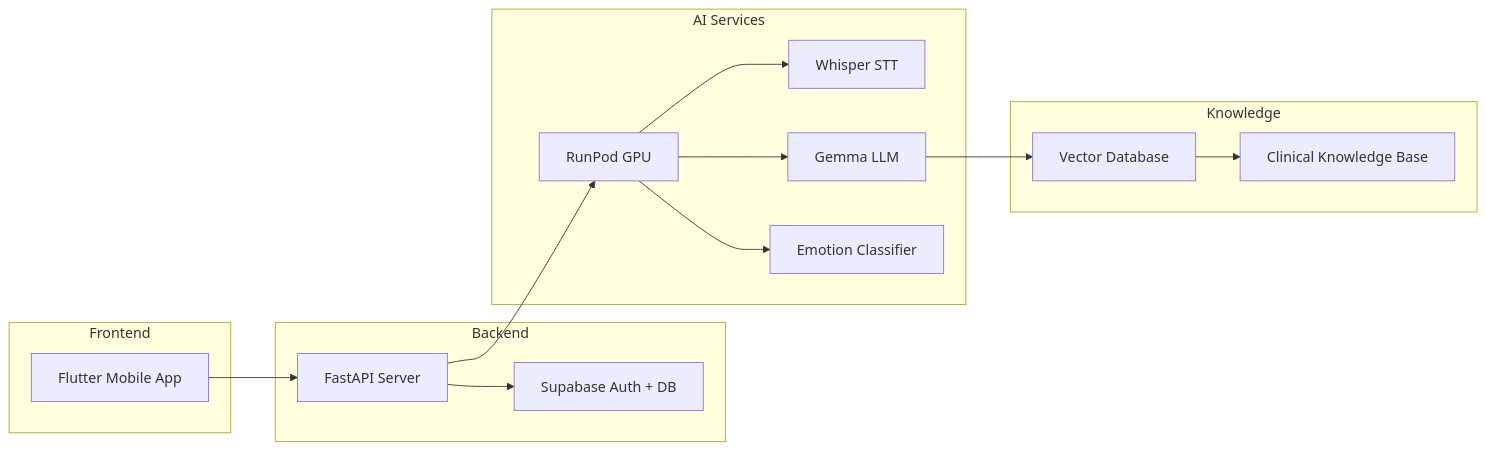
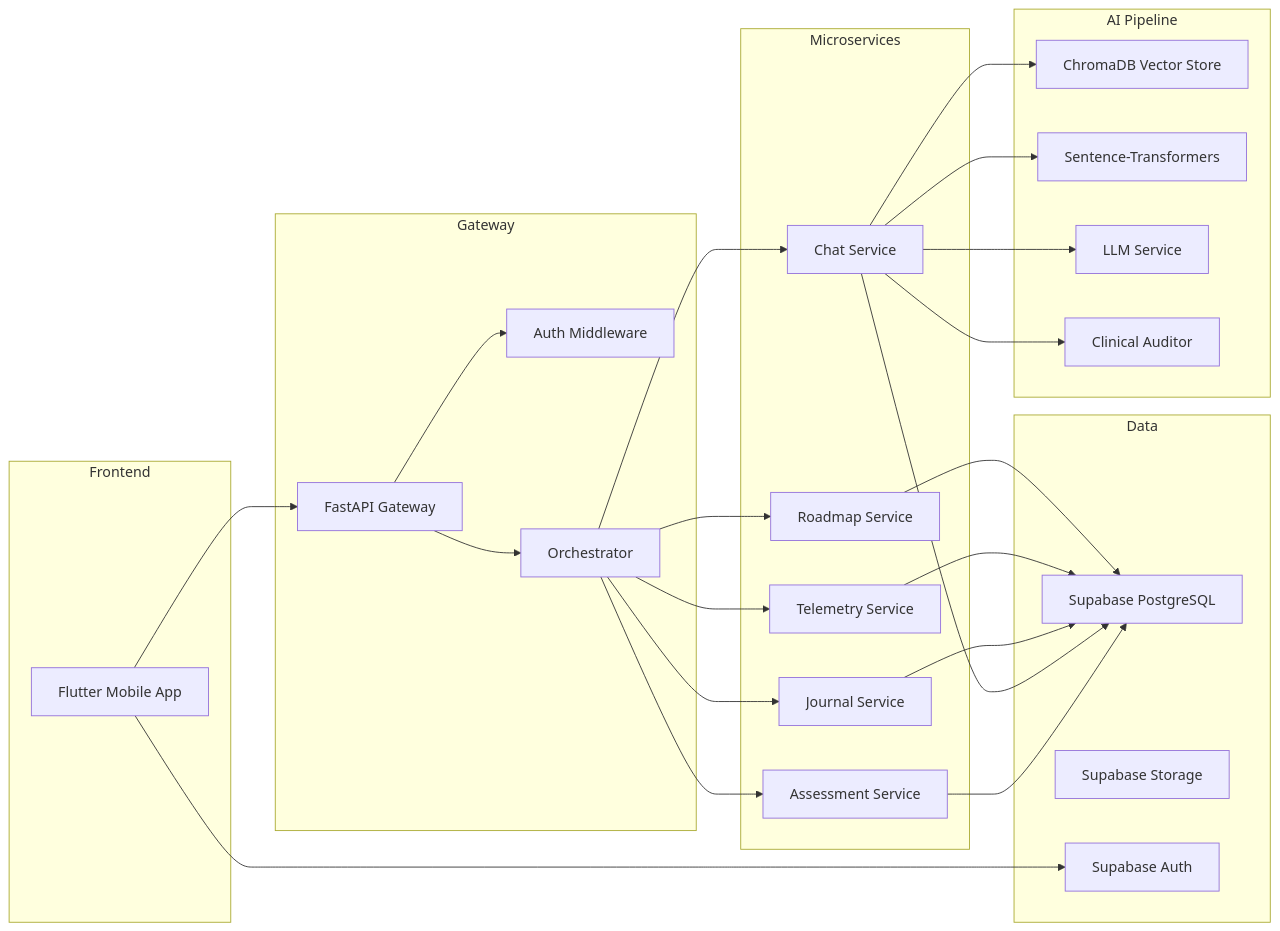
One commit to Upheal1/UpHeal-Doc changed the fourth of 4 diagrams in chapters/03-system-design.qmd. Above: the diagram before and after it, drawn with Mermaid. The commit also changed other lines of this file and 15 other files, not shown here.

````diff
--- a/chapters/03-system-design.qmd
+++ b/chapters/03-system-design.qmd
@@ -97,29 +113,48 @@
 ```{mermaid}
 flowchart LR
     subgraph Frontend
         A[Flutter Mobile App]
     end
-    subgraph Backend
-        B[FastAPI Server]
-        C[Supabase Auth + DB]
+    subgraph Gateway
+        B[FastAPI Gateway]
+        B1[Auth Middleware]
+        B2[Orchestrator]
     end
-    subgraph AI Services
-        D[RunPod GPU]
-        D1[Whisper STT]
-        D2[Gemma LLM]
-        D3[Emotion Classifier]
+    subgraph Microservices
+        C[Assessment Service]
+        D[Chat Service]
+        E[Journal Service]
+        F[Telemetry Service]
+        G[Roadmap Service]
     end
-    subgraph Knowledge
-        E[Vector Database]
-        F[Clinical Knowledge Base]
+    subgraph AI Pipeline
+        H[ChromaDB Vector Store]
+        I[Sentence-Transformers]
+        J[LLM Service]
+        K[Clinical Auditor]
+    end
+    subgraph Data
+        L[Supabase PostgreSQL]
+        M[Supabase Storage]
+        N[Supabase Auth]
     end
 
     A --> B
-    B --> C
-    B --> D
-    D --> D1
-    D --> D2
-    D --> D3
-    D2 --> E
-    E --> F
+    B --> B1
+    B --> B2
+    B2 --> C
+    B2 --> D
+    B2 --> E
+    B2 --> F
+    B2 --> G
+    D --> H
+    D --> I
+    D --> J
+    D --> K
+    C --> L
+    D --> L
+    E --> L
+    F --> L
+    G --> L
+    A --> N
 ```
````
